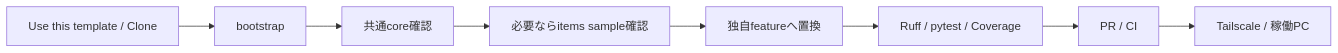
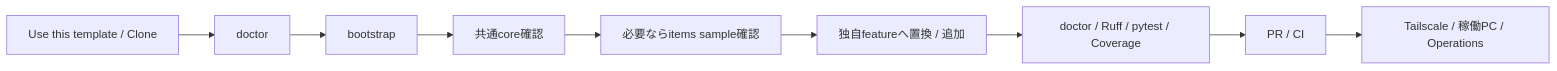
One commit to k-systems202208/python-sqlite-tailscale-webapp-template changed the first of 6 diagrams in README.md. Above: the diagram before and after it, drawn with Mermaid. The commit also changed other lines of this file and 10 other files, not shown here.

````diff
--- a/README.md
+++ b/README.md
@@ -9,10 +9,11 @@
 ```mermaid
 flowchart LR
-    A["Use this template / Clone"] --> B["bootstrap"]
+    A["Use this template / Clone"] --> D["doctor"]
+    D --> B["bootstrap"]
     B --> C["共通core確認"]
-    C --> D["必要ならitems sample確認"]
-    D --> E["独自featureへ置換"]
-    E --> Q["Ruff / pytest / Coverage"]
+    C --> S["必要ならitems sample確認"]
+    S --> E["独自featureへ置換 / 追加"]
+    E --> Q["doctor / Ruff / pytest / Coverage"]
     Q --> G["PR / CI"]
-    G --> H["Tailscale / 稼働PC"]
+    G --> H["Tailscale / 稼働PC / Operations"]
 ```
````
